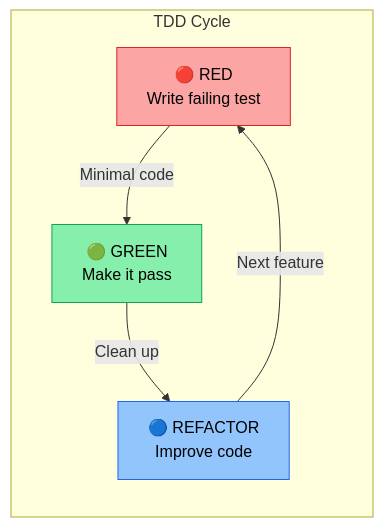
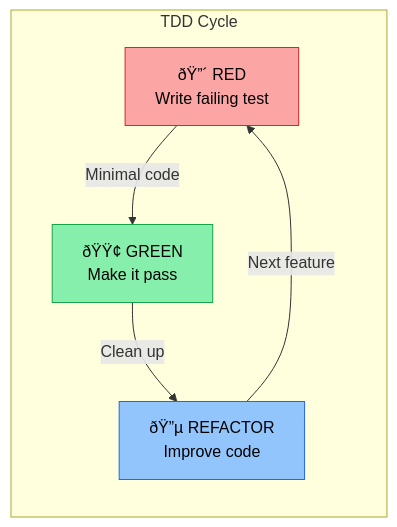
Before and after one commit to deftai/directive: the third of 8 diagrams in README.md, drawn with Mermaid. The commit also changed other lines of this file and 3 other files, not shown here.

````diff
--- a/README.md
+++ b/README.md
@@ -551,16 +551,16 @@
 ```mermaid
 flowchart LR
     subgraph cycle ["TDD Cycle"]
-        R["🔴 RED<br/>Write failing test"]
-        G["🟢 GREEN<br/>Make it pass"]
-        B["🔵 REFACTOR<br/>Improve code"]
+        R["ðŸ”´ RED<br/>Write failing test"]
+        G["ðŸŸ¢ GREEN<br/>Make it pass"]
+        B["ðŸ”µ REFACTOR<br/>Improve code"]
     end
 
     R -->|"Minimal code"| G
     G -->|"Clean up"| B
     B -->|"Next feature"| R
 
     style R fill:#fca5a5,stroke:#dc2626,color:#000
     style G fill:#86efac,stroke:#16a34a,color:#000
     style B fill:#93c5fd,stroke:#2563eb,color:#000
 ```
````
